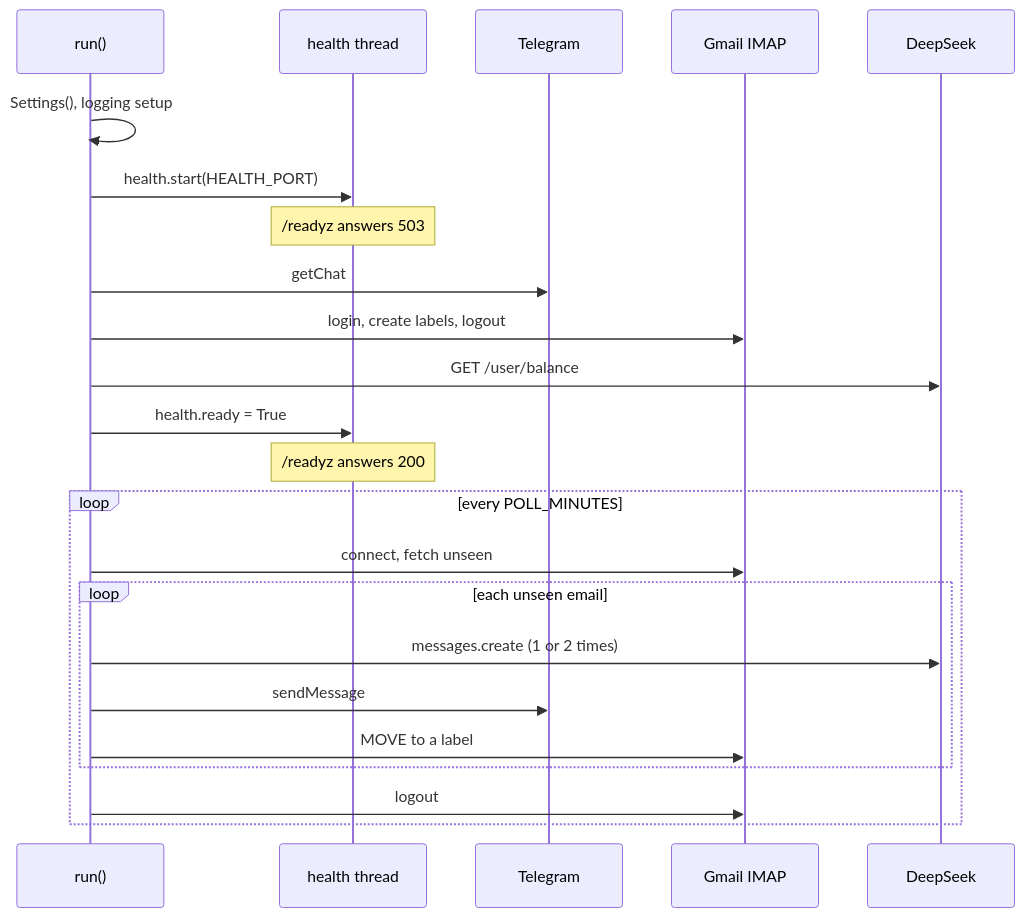
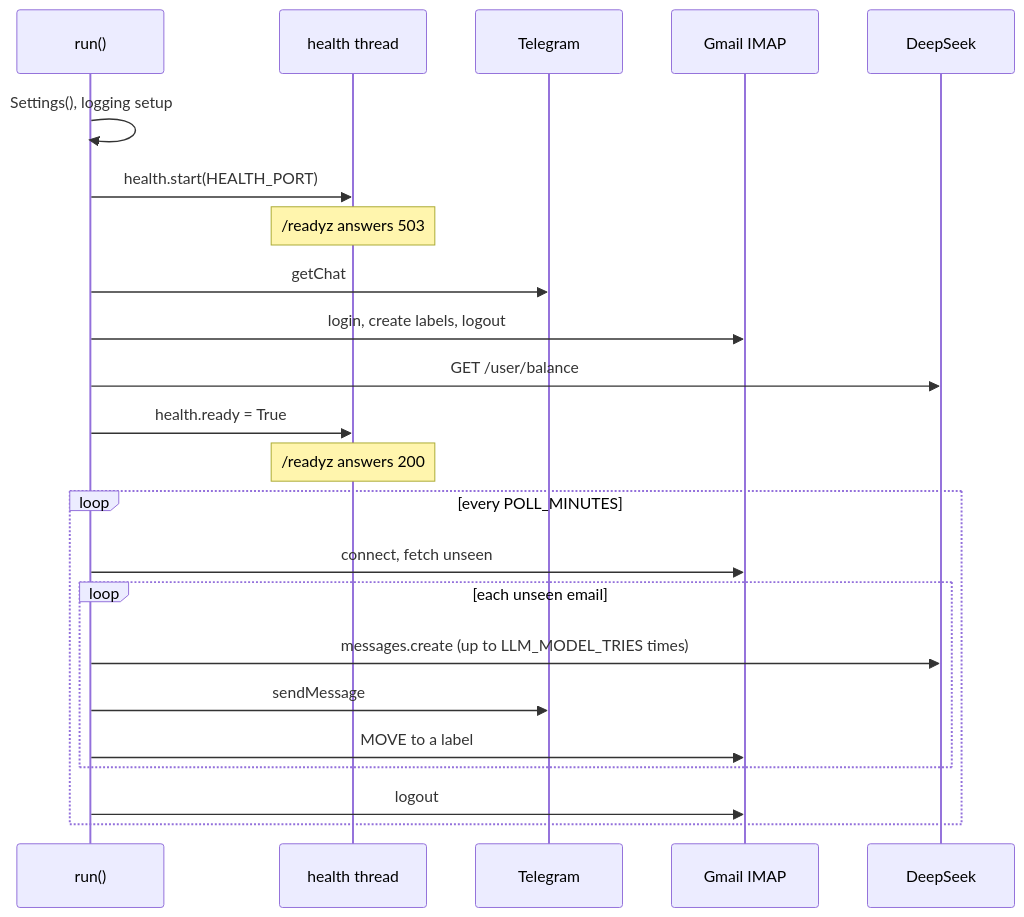
Before and after one commit to DeV1L/kindergarten-email-checker: the fourth of 4 diagrams in docs/code/README.md, drawn with Mermaid. The commit also changed other lines of this file and 12 other files, not shown here.

````diff
--- a/docs/code/README.md
+++ b/docs/code/README.md
@@ -99,25 +129,25 @@
 ```mermaid
 sequenceDiagram
     participant R as run()
     participant H as health thread
     participant T as Telegram
     participant G as Gmail IMAP
     participant D as DeepSeek
     R->>R: Settings(), logging setup
     R->>H: health.start(HEALTH_PORT)
     Note over H: /readyz answers 503
     R->>T: getChat
     R->>G: login, create labels, logout
     R->>D: GET /user/balance
     R->>H: health.ready = True
     Note over H: /readyz answers 200
     loop every POLL_MINUTES
         R->>G: connect, fetch unseen
         loop each unseen email
-            R->>D: messages.create (1 or 2 times)
+            R->>D: messages.create (up to LLM_MODEL_TRIES times)
             R->>T: sendMessage
             R->>G: MOVE to a label
         end
         R->>G: logout
     end
 ```
````
